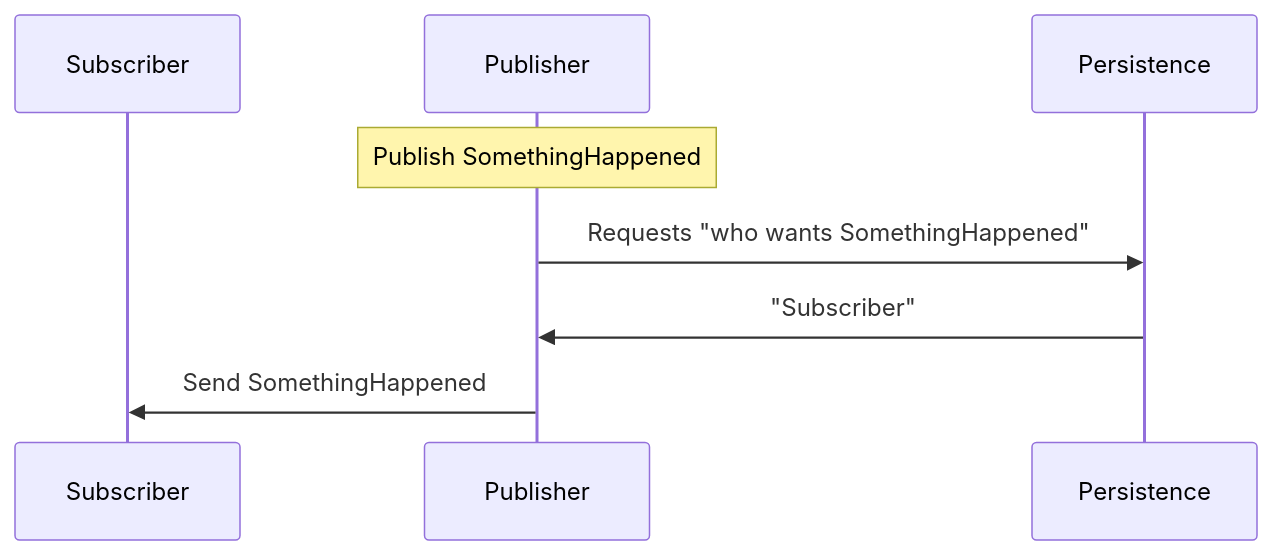
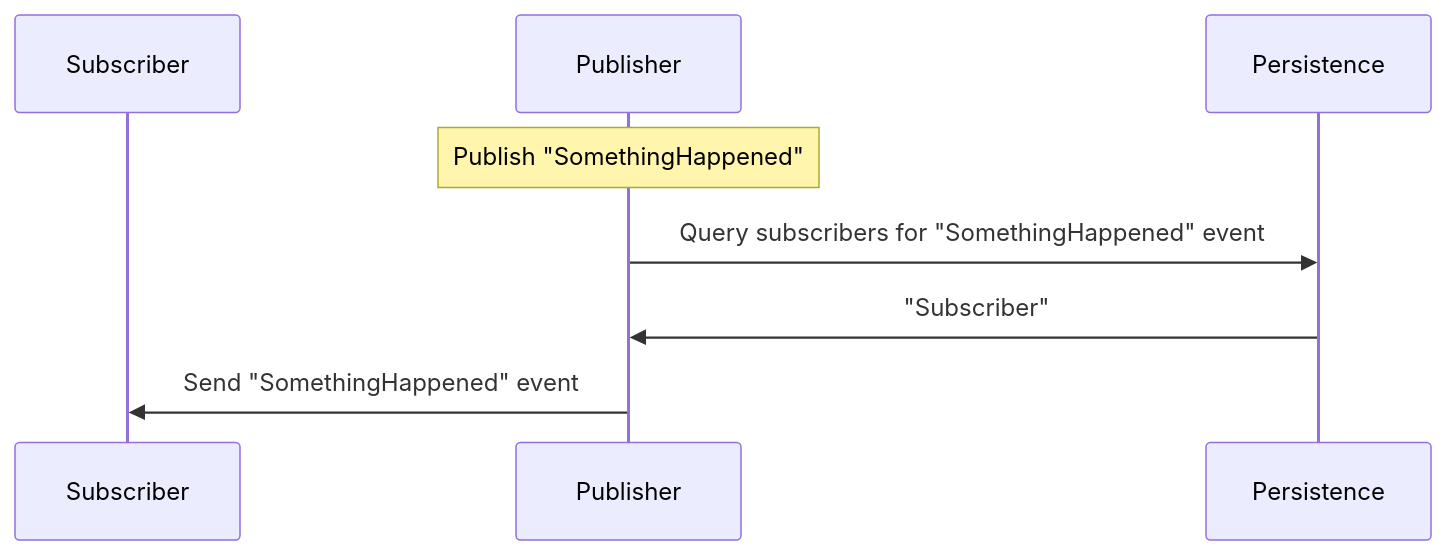
The first of 3 diagrams in samples/manual-unsubscribe/sample.md (Particular/docs.particular.net), drawn with Mermaid before and after one commit. The commit also changed other lines of this file, not shown here.

````diff
--- a/samples/manual-unsubscribe/sample.md
+++ b/samples/manual-unsubscribe/sample.md
@@ -33,10 +33,10 @@
 ```mermaid
 sequenceDiagram
 Participant Subscriber
 Participant Publisher
 Participant Persistence
-Note over Publisher: Publish SomethingHappened
-Publisher ->> Persistence: Requests "who wants SomethingHappened"
+Note over Publisher: Publish "SomethingHappened"
+Publisher ->> Persistence: Query subscribers for "SomethingHappened" event
 Persistence ->> Publisher: "Subscriber"
-Publisher ->> Subscriber: Send SomethingHappened
+Publisher ->> Subscriber: Send "SomethingHappened" event
 ```
````
